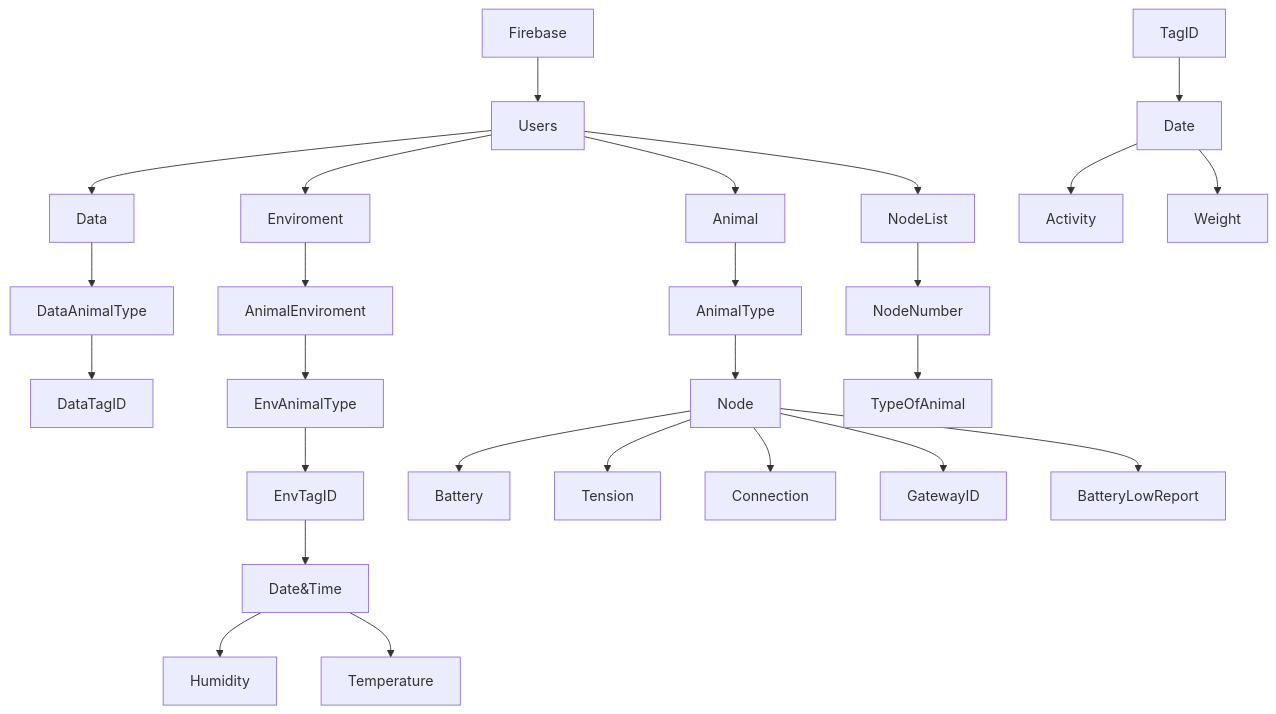
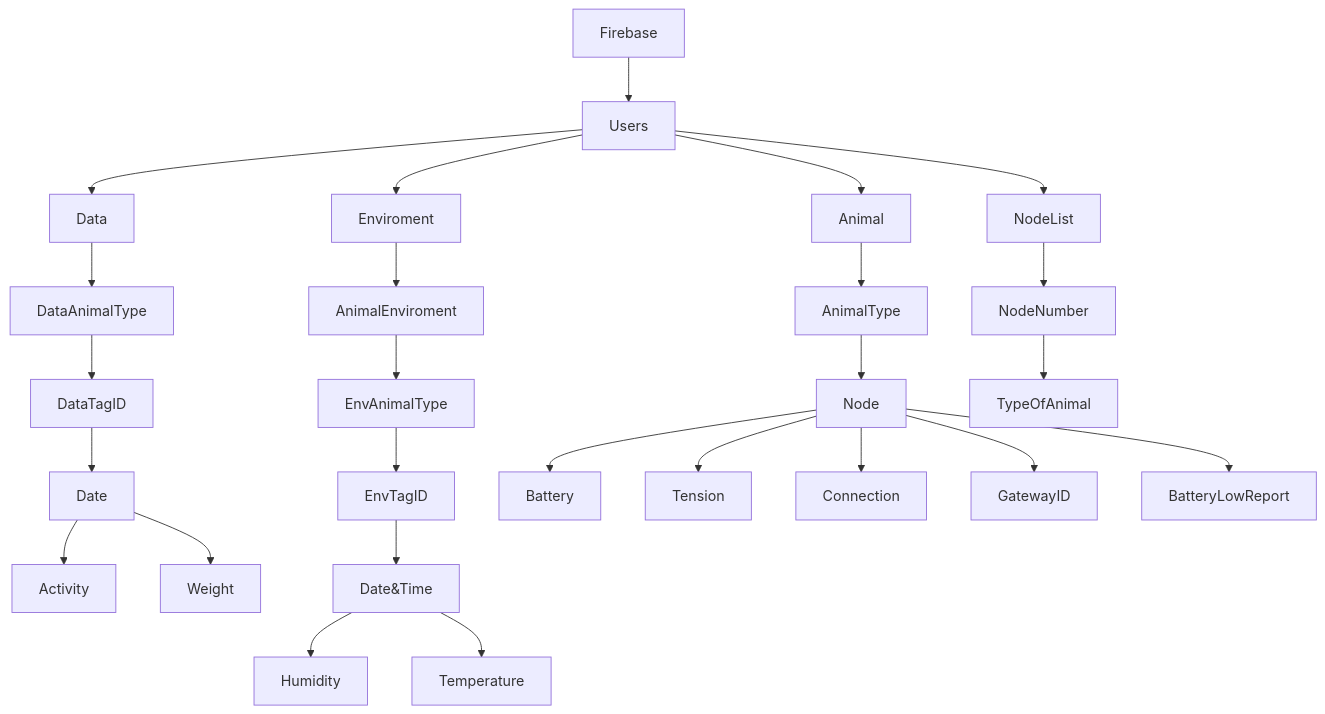
One commit to RegrowthIOT/REGROWTH-WINTER-IOT changed the diagram in Work Files/Gateway/README.md. Above: the diagram before and after it, drawn with Mermaid.

````diff
--- a/Work Files/Gateway/README.md
+++ b/Work Files/Gateway/README.md
@@ -3,32 +3,32 @@
 ```mermaid
 graph TD;
     Firebase--> Users;
     Users-->Data;
     Users-->Enviroment;
     Users-->Animal;
     Users-->NodeList;
     Data-->DataAnimalType;
     DataAnimalType-->DataTagID;
-    TagID-->Date;
+    DataTagID-->Date;
     Date--> Activity;
     Date-->Weight;
     Enviroment-->AnimalEnviroment;
     AnimalEnviroment--> EnvAnimalType;
     EnvAnimalType--> EnvTagID;
     EnvTagID --> Date&Time;
      Date&Time --> Humidity;
       Date&Time-->Temperature;
       Animal--> AnimalType;
       AnimalType-->Node;
       Node-->Battery;
       Node-->Tension;
       Node-->Connection;
       Node-->GatewayID;
       Node-->BatteryLowReport;
       NodeList-->NodeNumber;
       NodeNumber-->TypeOfAnimal;
       
     
 
     
 ```
````
